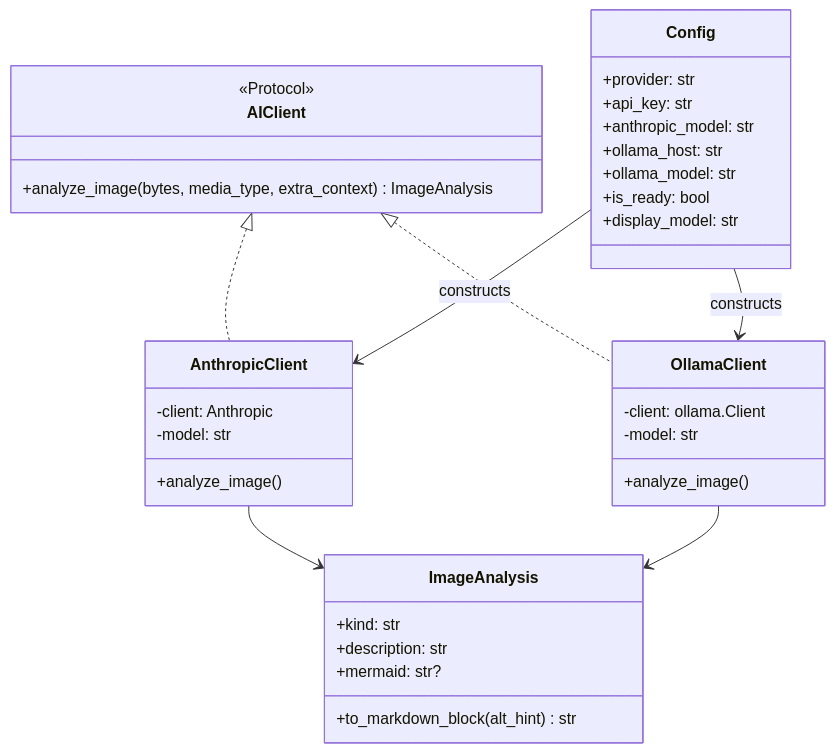
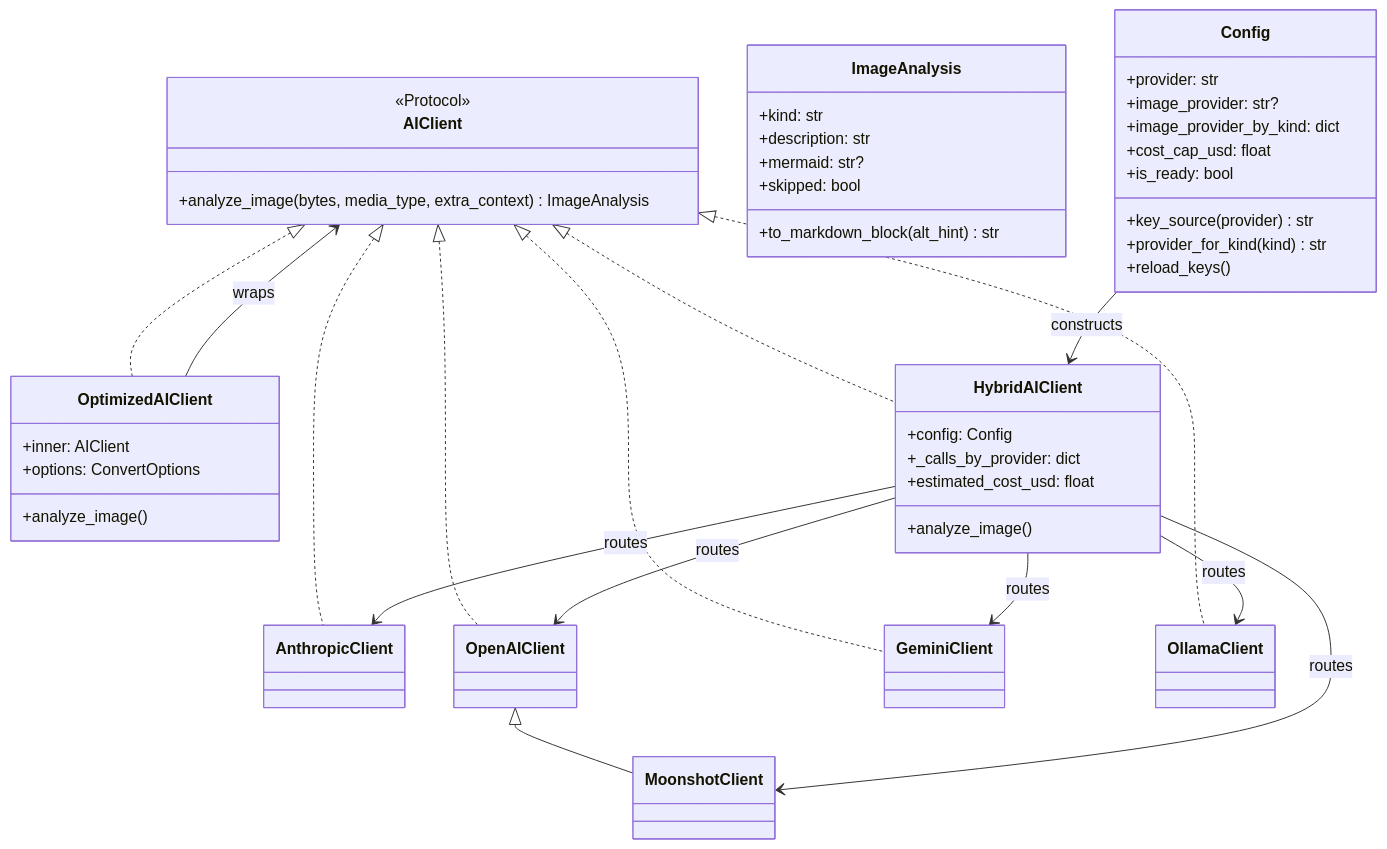
One commit to agunawijaya/AnyToMD changed the eighth of 8 diagrams in docs/ARCHITECTURE.md. Above: the diagram before and after it, drawn with Mermaid. The commit also changed other lines of this file and 3 other files, not shown here.

````diff
--- a/docs/ARCHITECTURE.md
+++ b/docs/ARCHITECTURE.md
@@ -246,38 +346,54 @@
 ```mermaid
 classDiagram
     class AIClient {
         <<Protocol>>
         +analyze_image(bytes, media_type, extra_context) ImageAnalysis
     }
-    class AnthropicClient {
-        -client: Anthropic
-        -model: str
+    class AnthropicClient
+    class OpenAIClient
+    class MoonshotClient
+    class GeminiClient
+    class OllamaClient
+    class OptimizedAIClient {
+        +inner: AIClient
+        +options: ConvertOptions
         +analyze_image()
     }
-    class OllamaClient {
-        -client: ollama.Client
-        -model: str
+    class HybridAIClient {
+        +config: Config
+        +_calls_by_provider: dict
+        +estimated_cost_usd: float
         +analyze_image()
     }
     class ImageAnalysis {
         +kind: str
         +description: str
         +mermaid: str?
+        +skipped: bool
         +to_markdown_block(alt_hint) str
     }
     class Config {
         +provider: str
-        +api_key: str
-        +anthropic_model: str
-        +ollama_host: str
-        +ollama_model: str
+        +image_provider: str?
+        +image_provider_by_kind: dict
+        +cost_cap_usd: float
+        +key_source(provider) str
+        +provider_for_kind(kind) str
+        +reload_keys()
         +is_ready: bool
-        +display_model: str
     }
     AIClient <|.. AnthropicClient
+    AIClient <|.. OpenAIClient
+    AIClient <|.. GeminiClient
     AIClient <|.. OllamaClient
-    AnthropicClient --> ImageAnalysis
-    OllamaClient --> ImageAnalysis
-    Config --> AnthropicClient : constructs
-    Config --> OllamaClient : constructs
+    OpenAIClient <|-- MoonshotClient
+    AIClient <|.. OptimizedAIClient
+    AIClient <|.. HybridAIClient
+    OptimizedAIClient --> AIClient : wraps
+    HybridAIClient --> AnthropicClient : routes
+    HybridAIClient --> OpenAIClient : routes
+    HybridAIClient --> GeminiClient : routes
+    HybridAIClient --> MoonshotClient : routes
+    HybridAIClient --> OllamaClient : routes
+    Config --> HybridAIClient : constructs
 ```
````
